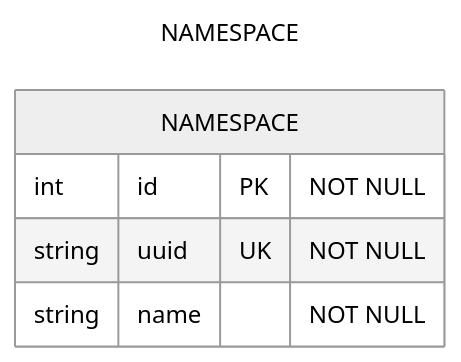
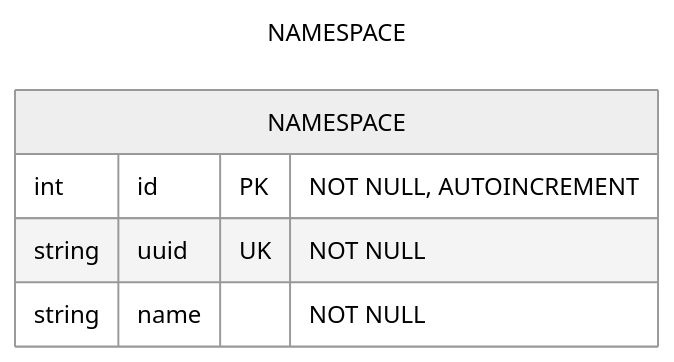
The third of 3 diagrams in README.md (polarlabs/kodiak-diagrams), drawn with Mermaid (neutral theme) before and after one commit. The commit also changed other lines of this file, not shown here.

````diff
--- a/README.md
+++ b/README.md
@@ -20,11 +30,11 @@
 ```mermaid
 ---
 title: NAMESPACE
 ---
 erDiagram
     NAMESPACE {
-        int    id   PK "NOT NULL"
+        int    id   PK "NOT NULL, AUTOINCREMENT"
         string uuid UK "NOT NULL"
         string name    "NOT NULL"
     }
 ```
````
